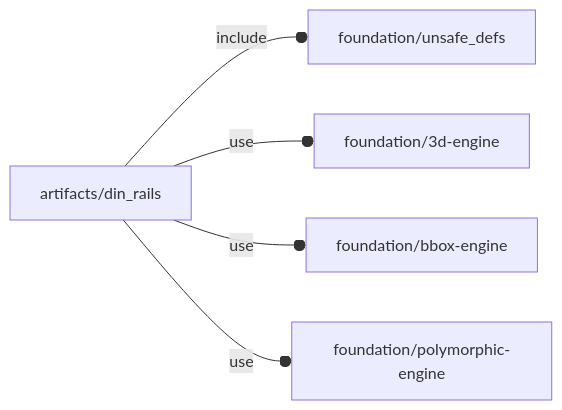
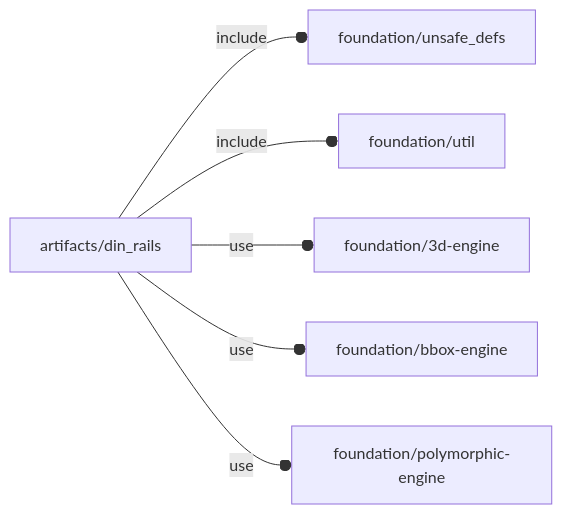
One commit to ggabbiani/OFL changed the diagram in orthodocs/artifacts/din_rails.md. Above: the diagram before and after it, drawn with Mermaid. The commit also changed other lines of this file and 1 other file, not shown here.

````diff
--- a/orthodocs/artifacts/din_rails.md
+++ b/orthodocs/artifacts/din_rails.md
@@ -5,7 +5,8 @@
 ```mermaid
 graph LR
     A1[artifacts/din_rails] --o|include| A2[foundation/unsafe_defs]
-    A1 --o|use| A3[foundation/3d-engine]
-    A1 --o|use| A4[foundation/bbox-engine]
-    A1 --o|use| A5[foundation/polymorphic-engine]
+    A1 --o|include| A3[foundation/util]
+    A1 --o|use| A4[foundation/3d-engine]
+    A1 --o|use| A5[foundation/bbox-engine]
+    A1 --o|use| A6[foundation/polymorphic-engine]
 ```
````
